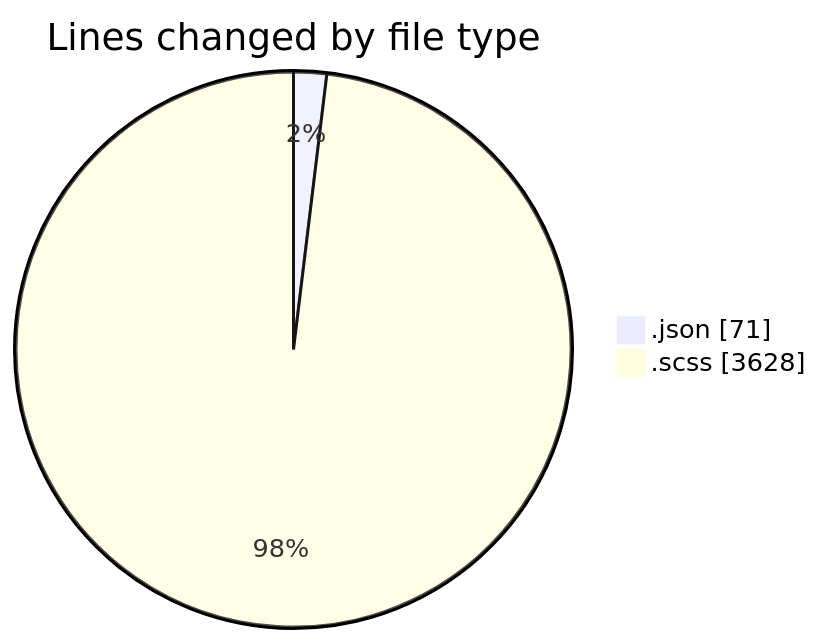
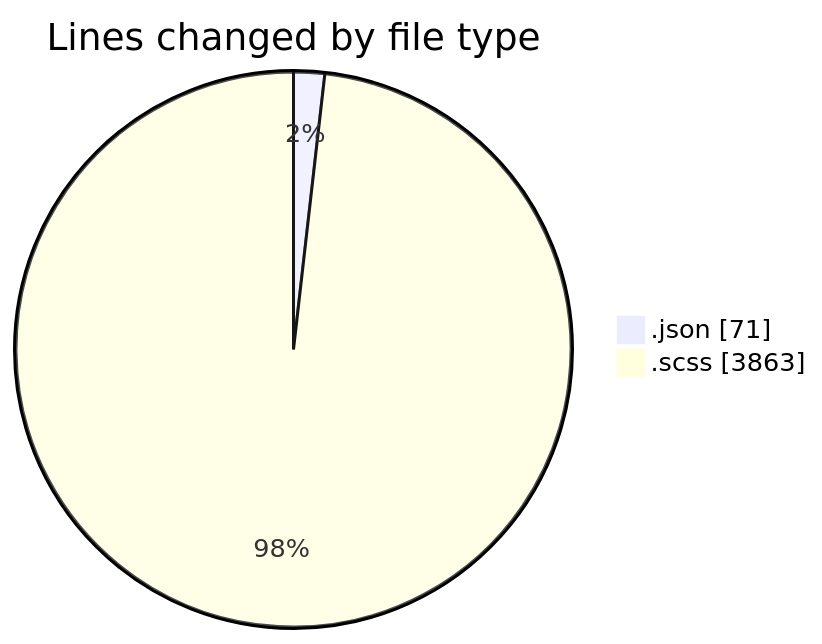
The first of 2 diagrams in 2026-01-22/cda/README.md (momahboobian/code-tracking), drawn with Mermaid before and after one commit. The commit also changed other lines of this file and 1 other file, not shown here.

````diff
--- a/2026-01-22/cda/README.md
+++ b/2026-01-22/cda/README.md
@@ -45,6 +50,6 @@
 ```mermaid
 pie showData
 title Lines changed by file type
 ".json" : 71
-".scss" : 3628
+".scss" : 3863
 ```
````
